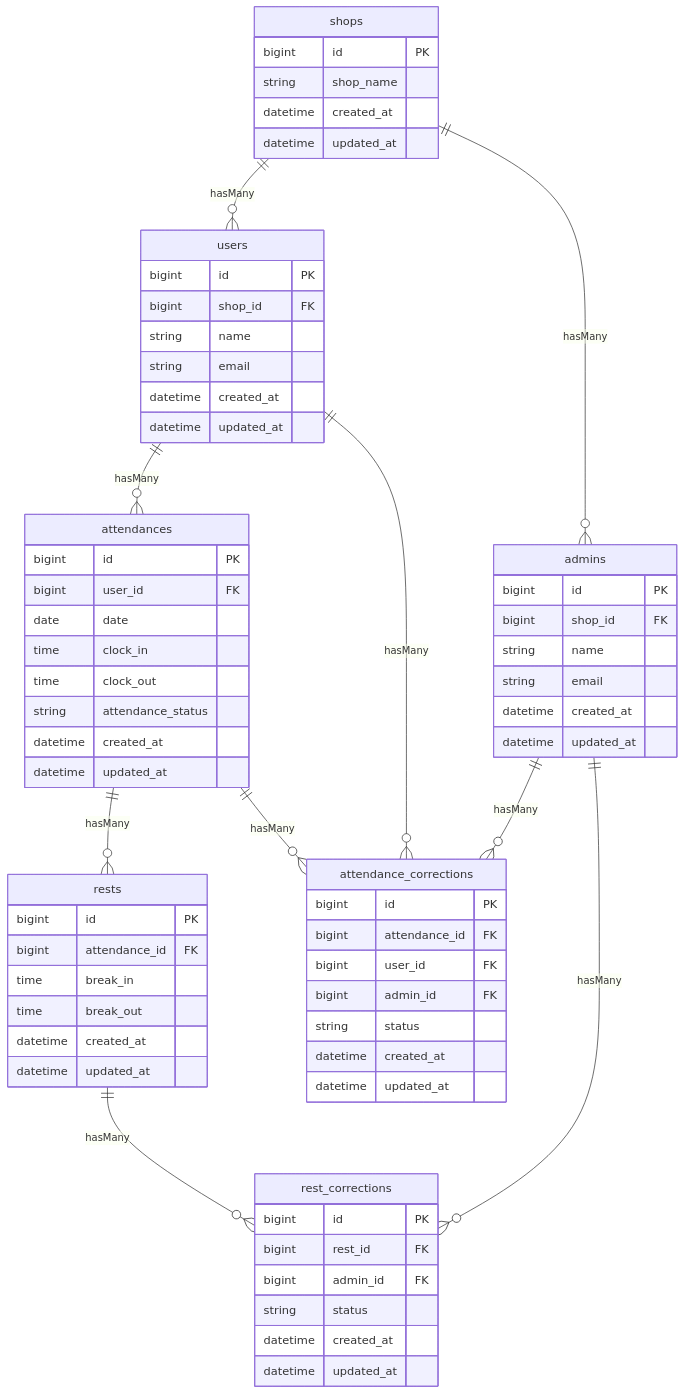
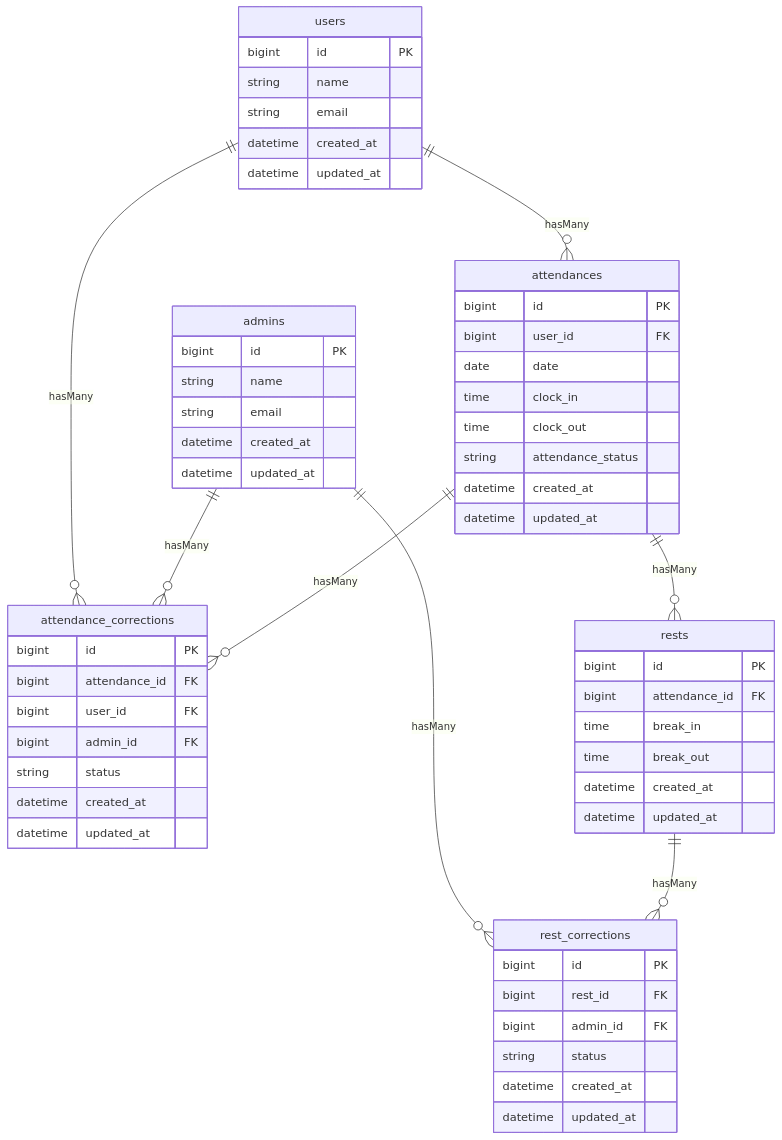
Before and after one commit to yuna-genma/attendance-app: the diagram in README.md, drawn with Mermaid. The commit also changed 23 other files, not shown here.

````diff
--- a/README.md
+++ b/README.md
@@ -9,81 +9,69 @@
 ```mermaid
     erDiagram
-
-    shops ||--o{ users : "hasMany"
-    shops ||--o{ admins : "hasMany"
 
     users ||--o{ attendances : "hasMany"
     users ||--o{ attendance_corrections : "hasMany"
 
     admins ||--o{ attendance_corrections : "hasMany"
     admins ||--o{ rest_corrections : "hasMany"
 
     attendances ||--o{ rests : "hasMany"
     attendances ||--o{ attendance_corrections : "hasMany"
 
     rests ||--o{ rest_corrections : "hasMany"
 
-    shops {
-        bigint id PK
-        string shop_name
-        datetime created_at
-        datetime updated_at
-    }
-
     admins {
         bigint id PK
-        bigint shop_id FK
         string name
         string email
         datetime created_at
         datetime updated_at
     }
 
     users {
         bigint id PK
-        bigint shop_id FK
         string name
         string email
         datetime created_at
         datetime updated_at
     }
 
     attendances {
         bigint id PK
         bigint user_id FK
         date date
         time clock_in
         time clock_out
         string attendance_status
         datetime created_at
         datetime updated_at
     }
 
     rests {
         bigint id PK
         bigint attendance_id FK
         time break_in
         time break_out
         datetime created_at
         datetime updated_at
     }
 
     attendance_corrections {
         bigint id PK
         bigint attendance_id FK
         bigint user_id FK
         bigint admin_id FK
         string status
         datetime created_at
         datetime updated_at
     }
 
     rest_corrections {
         bigint id PK
         bigint rest_id FK
         bigint admin_id FK
         string status
         datetime created_at
         datetime updated_at
     }
 ```
````
